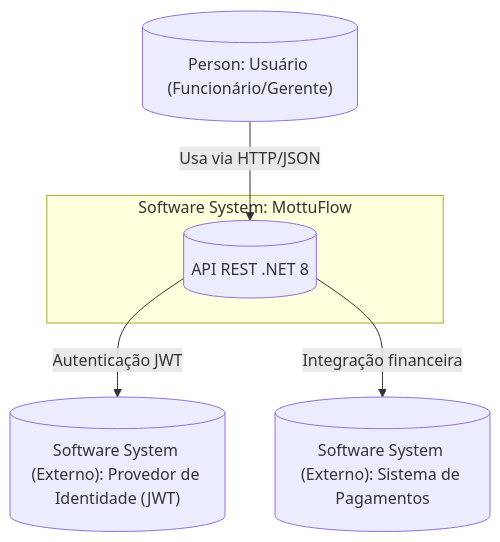
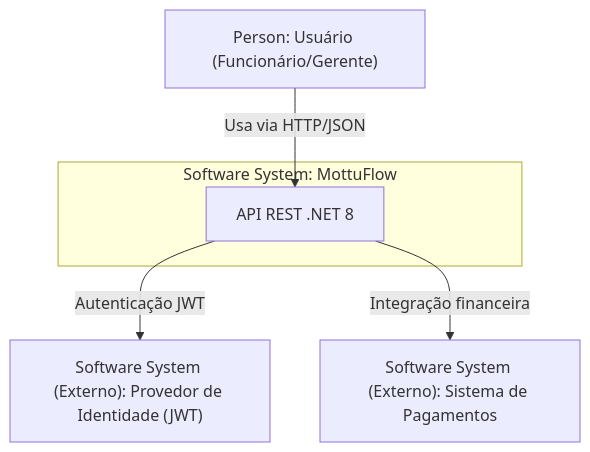
One commit to leomotalima/MottuFlow-Sprint4 changed the first of 3 diagrams in README.md. Above: the diagram before and after it, drawn with Mermaid. The commit also changed other lines of this file, not shown here.

Commit message:
Atualiza README com diagrama C4 completo e remove emojis

````diff
--- a/README.md
+++ b/README.md
@@ -42,15 +42,14 @@
 ```mermaid
 graph TB
-    user[("Person: Usuário (Funcionário/Gerente)")]
-
-    extPay[("Software System (Externo): Sistema de Pagamentos")]
-    extIdP[("Software System (Externo): Provedor de Identidade (JWT)")]
+    user["Person: Usuário (Funcionário/Gerente)"]
+    extPay["Software System (Externo): Sistema de Pagamentos"]
+    extIdP["Software System (Externo): Provedor de Identidade (JWT)"]
 
     subgraph s1["Software System: MottuFlow"]
-    api[("API REST .NET 8")]
+        api["API REST .NET 8"]
     end
 
     user -->|Usa via HTTP/JSON| api
     api -->|Autenticação JWT| extIdP
     api -->|Integração financeira| extPay
 ```
````
